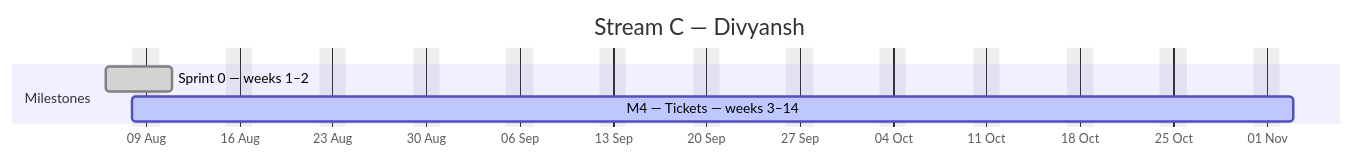
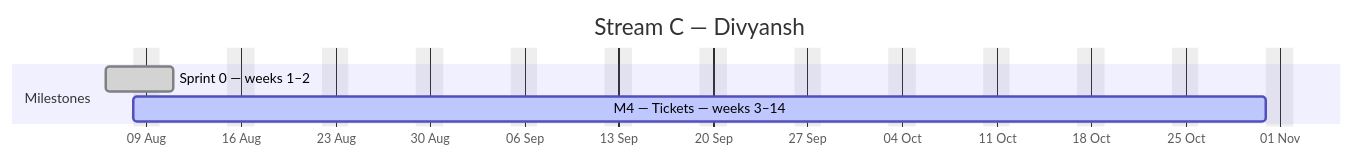
One commit to debashisedunext/EduTrack changed the third of 4 diagrams in docs/plan/GANTT.md. Above: the diagram before and after it, drawn with Mermaid. The commit also changed other lines of this file and 2 other files, not shown here.

````diff
--- a/docs/plan/GANTT.md
+++ b/docs/plan/GANTT.md
@@ -144,10 +144,10 @@
 ```mermaid
 gantt
     dateFormat YYYY-MM-DD
     axisFormat %d %b
     title Stream C — Divyansh
     excludes weekends
     section Milestones
     Sprint 0 — weeks 1–2 :done, c0, 2026-08-06, 3d
-    M4 — Tickets — weeks 3–14 :active, c1, 2026-08-08, 62d
+    M4 — Tickets — weeks 3–14 :active, c1, 2026-08-08, 61d
 ```
````
